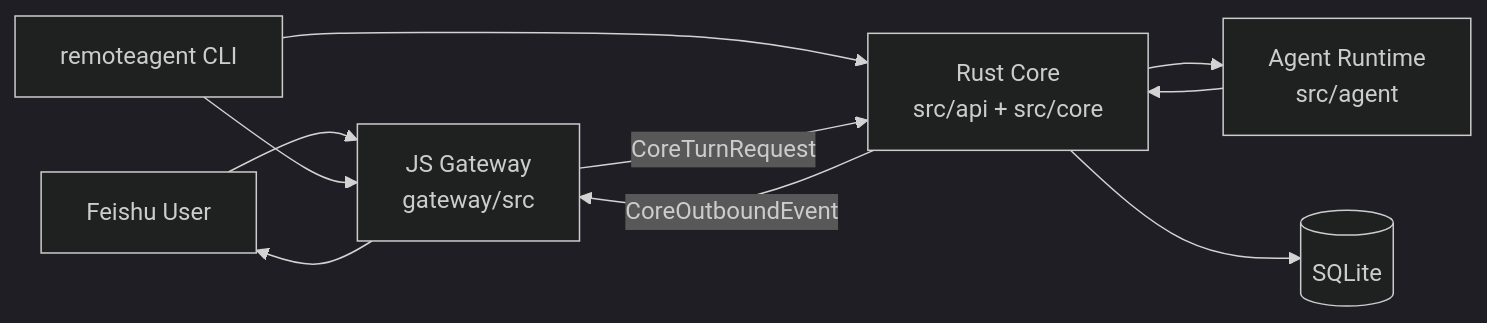
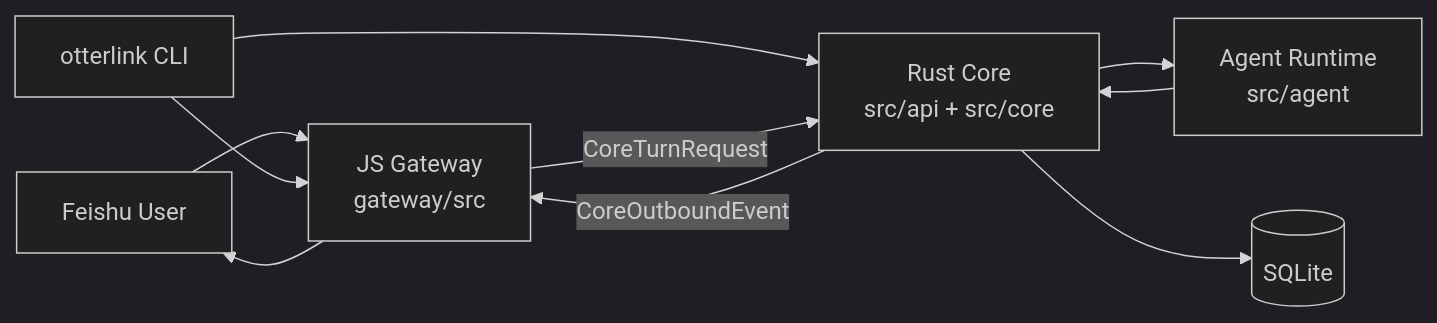
The diagram in docs/architecture.md (lihy11/OtterLink), drawn with Mermaid (dark theme) before and after one commit. The commit also changed other lines of this file and 38 other files, not shown here.

````diff
--- a/docs/architecture.md
+++ b/docs/architecture.md
@@ -52,19 +52,19 @@
 ```mermaid
 flowchart LR
     User[Feishu User]
-    CLI[remoteagent CLI]
+    CLI[otterlink CLI]
     Gateway[JS Gateway\ngateway/src]
     Core[Rust Core\nsrc/api + src/core]
     Runtime[Agent Runtime\nsrc/agent]
     DB[(SQLite)]
 
     User --> Gateway
     CLI --> Gateway
     CLI --> Core
     Gateway -->|CoreTurnRequest| Core
     Core --> Runtime
     Core --> DB
     Runtime --> Core
     Core -->|CoreOutboundEvent| Gateway
     Gateway --> User
 ```
````
